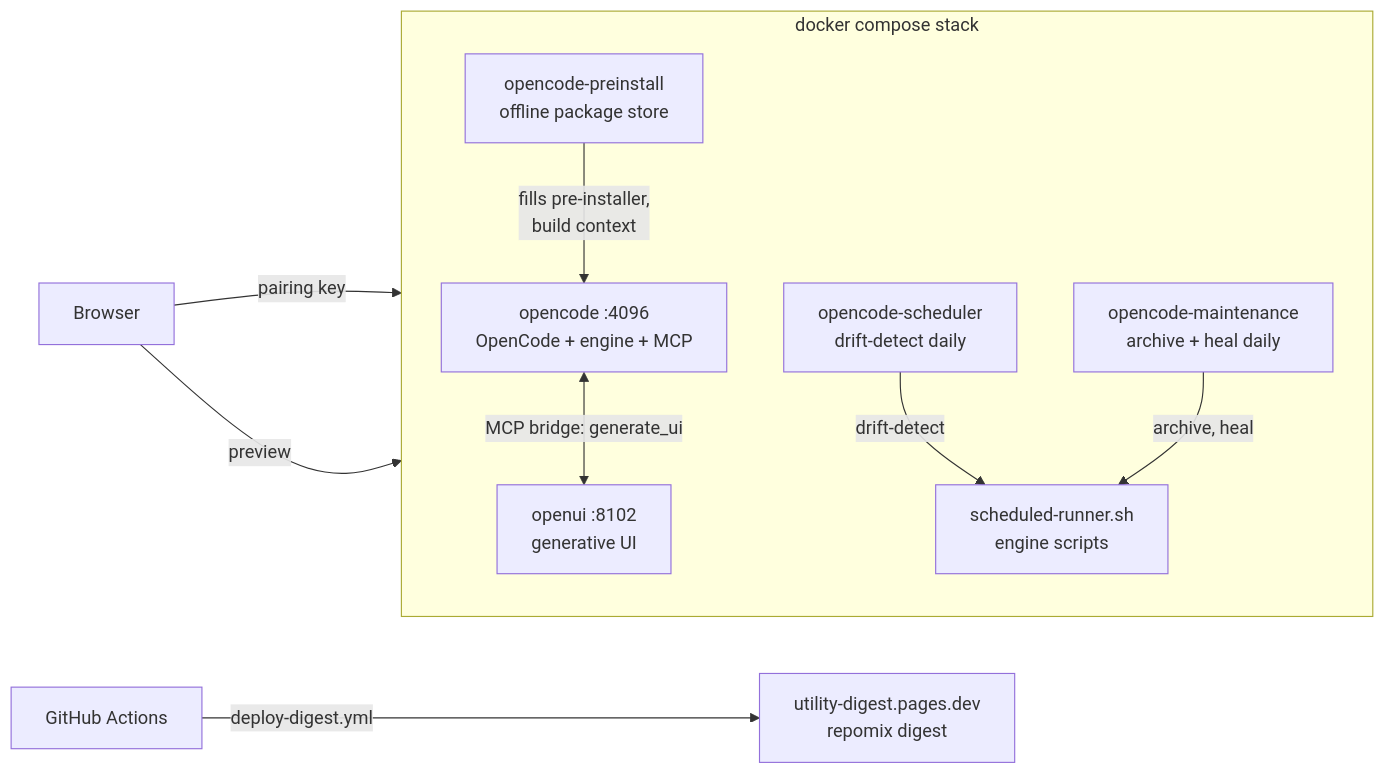
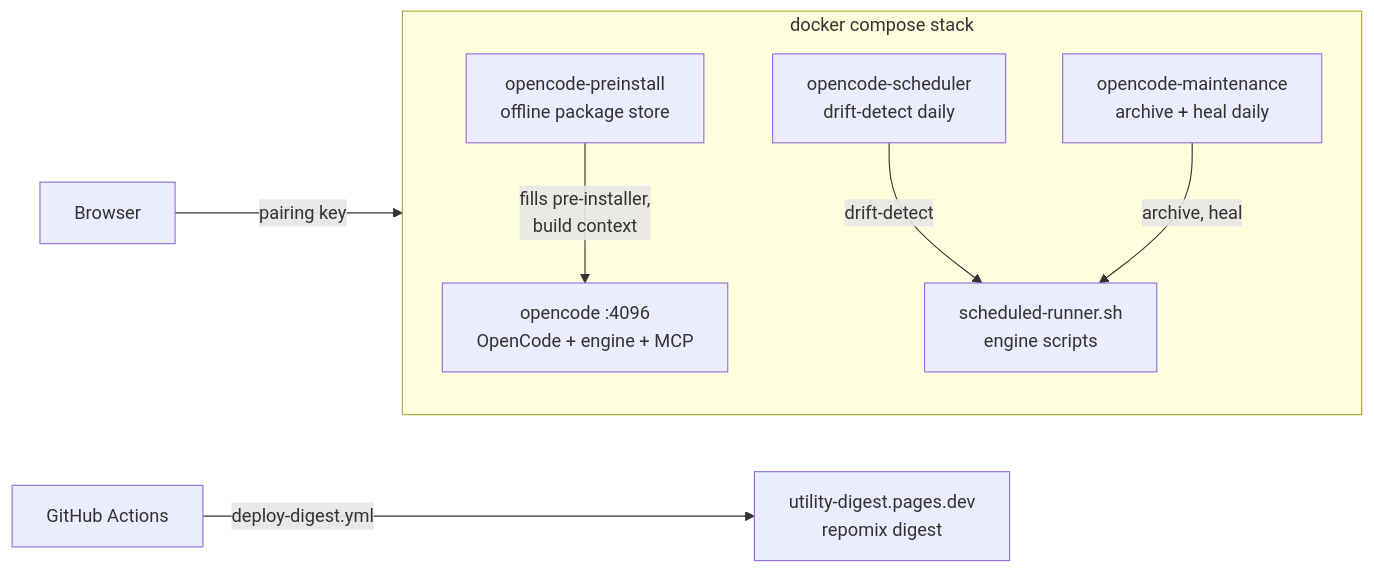
Before and after one commit to RizkiRachman/utility: the third of 3 diagrams in workspace/agents/opencode/README.md, drawn with Mermaid. The commit also changed other lines of this file and 28 other files, not shown here.

````diff
--- a/workspace/agents/opencode/README.md
+++ b/workspace/agents/opencode/README.md
@@ -320,22 +307,19 @@
 ```mermaid
 flowchart LR
     U["Browser"]
     CI["GitHub Actions"]
     subgraph compose["docker compose stack"]
         direction TB
         OC["opencode :4096<br/>OpenCode + engine + MCP"]
-        UI["openui :8102<br/>generative UI"]
         SCH["opencode-scheduler<br/>drift-detect daily"]
         MN["opencode-maintenance<br/>archive + heal daily"]
         PRE["opencode-preinstall<br/>offline package store"]
         G["scheduled-runner.sh<br/>engine scripts"]
     end
     PAGES["utility-digest.pages.dev<br/>repomix digest"]
     U -->|"pairing key"| OC
-    U -->|"preview"| UI
-    OC <-->|"MCP bridge: generate_ui"| UI
     SCH -->|"drift-detect"| G
     MN -->|"archive, heal"| G
     PRE -->|"fills pre-installer,<br/>build context"| OC
     CI -->|"deploy-digest.yml"| PAGES
 ```
````
